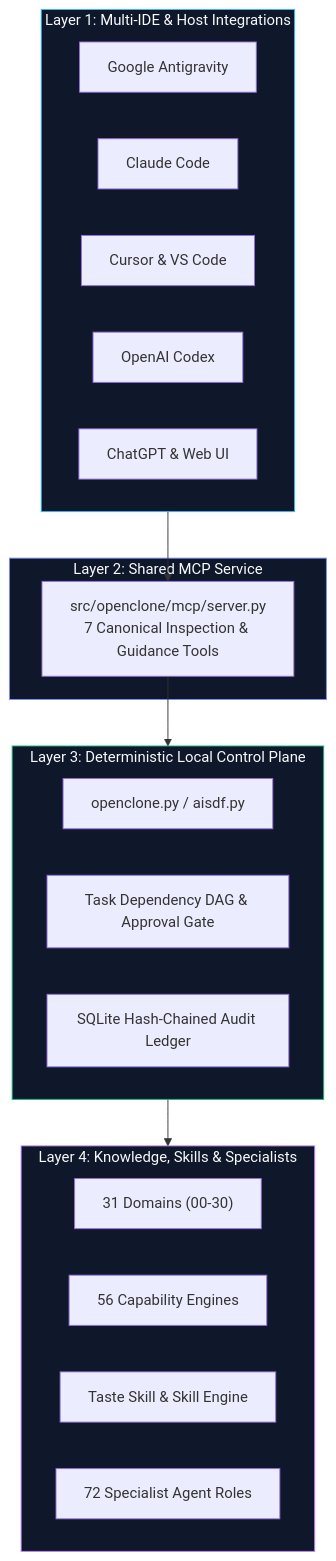
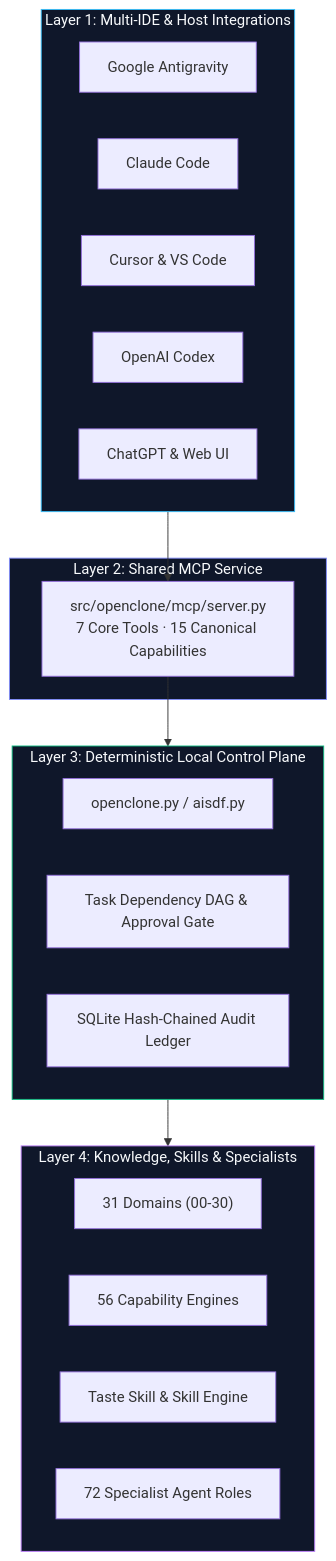
The first of 2 diagrams in README.md (MK-1603/OpenClone), drawn with Mermaid before and after one commit. The commit also changed other lines of this file and 10 other files, not shown here.

````diff
--- a/README.md
+++ b/README.md
@@ -248,32 +249,32 @@
 ```mermaid
 flowchart TD
     subgraph L1["Layer 1: Multi-IDE & Host Integrations"]
         IDE1["Google Antigravity"]
         IDE2["Claude Code"]
         IDE3["Cursor & VS Code"]
         IDE4["OpenAI Codex"]
         IDE5["ChatGPT & Web UI"]
     end
     subgraph L2["Layer 2: Shared MCP Service"]
-        MCP["src/openclone/mcp/server.py<br/>7 Canonical Inspection & Guidance Tools"]
+        MCP["src/openclone/mcp/server.py<br/>7 Core Tools · 15 Canonical Capabilities"]
     end
     subgraph L3["Layer 3: Deterministic Local Control Plane"]
         CLI["openclone.py / aisdf.py"]
         DAG["Task Dependency DAG & Approval Gate"]
         DB["SQLite Hash-Chained Audit Ledger"]
     end
     subgraph L4["Layer 4: Knowledge, Skills & Specialists"]
         DOM["31 Domains (00-30)"]
         ENG["56 Capability Engines"]
         SKL["Taste Skill & Skill Engine"]
         WRK["72 Specialist Agent Roles"]
     end
     L1 --> MCP
     MCP --> L3
     L3 --> L4
 
     style L1 fill:#0f172a,stroke:#38bdf8,stroke-width:1px,color:#f8fafc
     style L2 fill:#0f172a,stroke:#818cf8,stroke-width:1px,color:#f8fafc
     style L3 fill:#0f172a,stroke:#10b981,stroke-width:1px,color:#f8fafc
     style L4 fill:#0f172a,stroke:#c084fc,stroke-width:1px,color:#f8fafc
 ```
````
